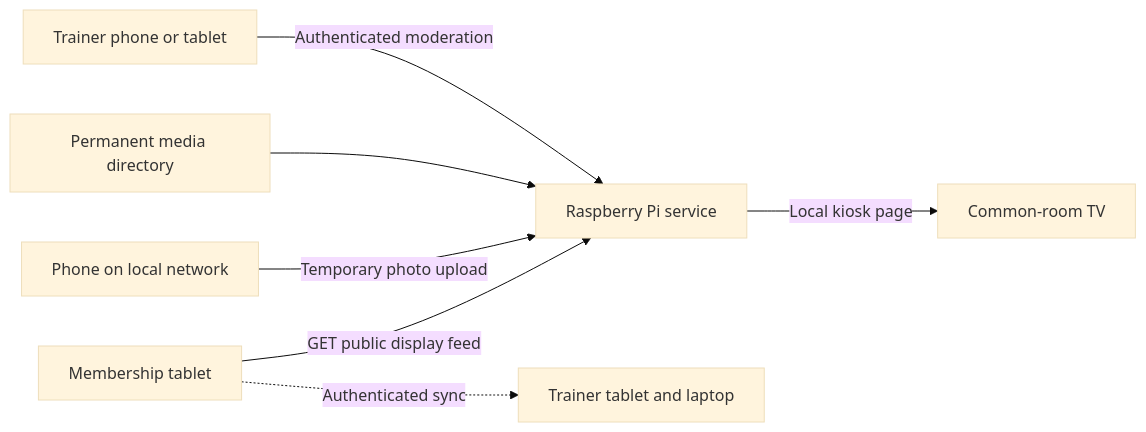
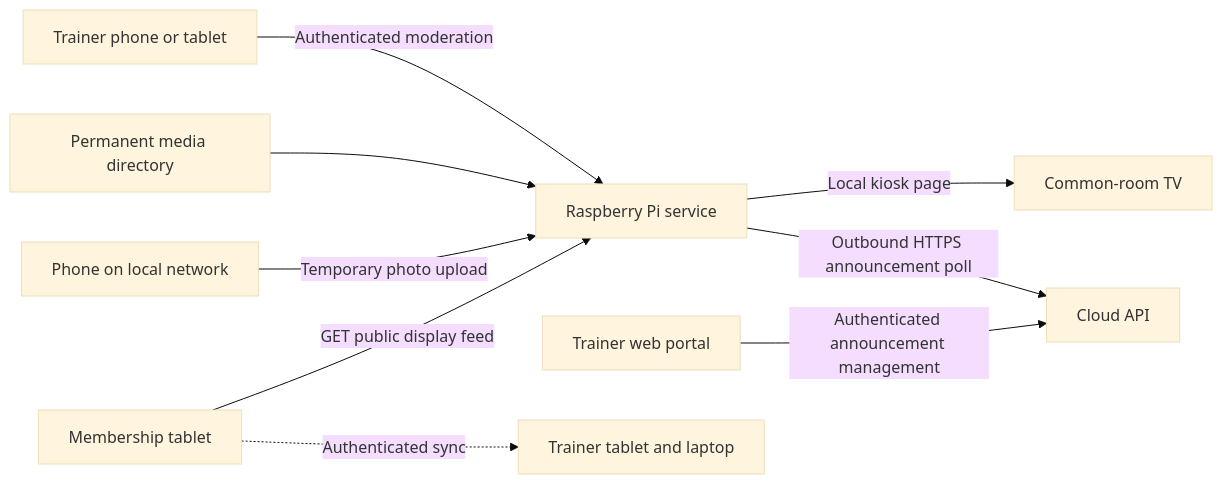
One commit to SBalslev/MemberregistrationApp changed the diagram in docs/features/common-room-display/design.md. Above: the diagram before and after it, drawn with Mermaid (base theme). The commit also changed other lines of this file and 15 other files, not shown here.

````diff
--- a/docs/features/common-room-display/design.md
+++ b/docs/features/common-room-display/design.md
@@ -10,9 +10,11 @@
 ```mermaid
 flowchart LR
     MT[Membership tablet] -->|GET public display feed| PI[Raspberry Pi service]
     PI -->|Local kiosk page| TV[Common-room TV]
     PHONE[Phone on local network] -->|Temporary photo upload| PI
     SD[Permanent media directory] --> PI
     TRAINER[Trainer phone or tablet] -->|Authenticated moderation| PI
+    PORTAL[Trainer web portal] -->|Authenticated announcement management| CLOUD[Cloud API]
+    PI -->|Outbound HTTPS announcement poll| CLOUD
     MT -. Authenticated sync .-> TRUSTED[Trainer tablet and laptop]
 ```
````
